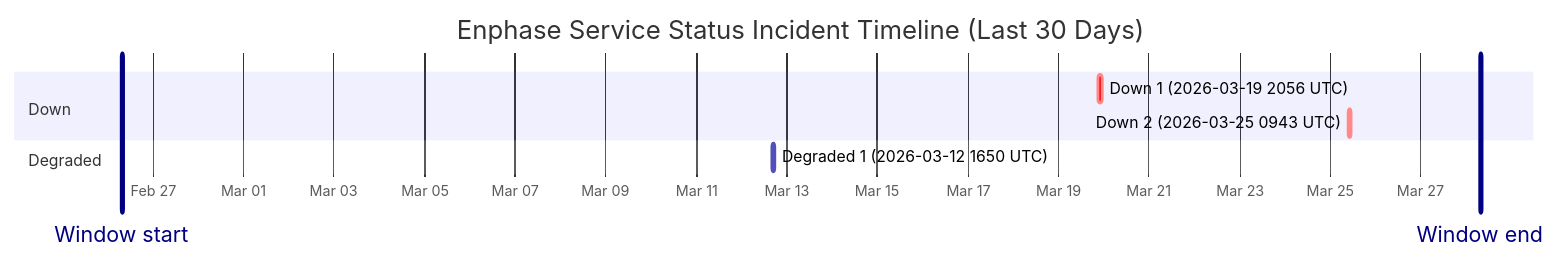
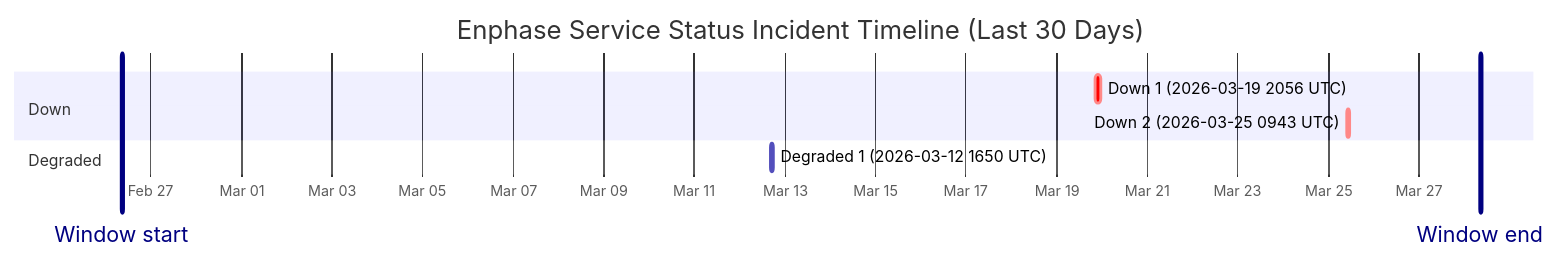
One commit to barneyonline/ha-enphase-ev-charger changed the diagram in wiki/Service-Status-History.md. Above: the diagram before and after it, drawn with Mermaid. The commit also changed other lines of this file and 3 other files, not shown here.

````diff
--- a/wiki/Service-Status-History.md
+++ b/wiki/Service-Status-History.md
@@ -14,13 +14,13 @@
 ```mermaid
 gantt
     title Enphase Service Status Incident Timeline (Last 30 Days)
     dateFormat  YYYY-MM-DDTHH:mm:ss
     axisFormat  %b %d
-    Window start :vert, window-start, 2026-02-26T07:38:38, 0ms
-    Window end :vert, window-end, 2026-03-28T07:38:38, 0ms
+    Window start :vert, window-start, 2026-02-26T08:28:14, 0ms
+    Window end :vert, window-end, 2026-03-28T08:28:14, 0ms
     section Down
     Down 1 (2026-03-19 2056 UTC) :crit, down-1, 2026-03-19T20:56:20, 145m
     Down 2 (2026-03-25 0943 UTC) :crit, down-2, 2026-03-25T09:43:28, 111m
     section Degraded
     Degraded 1 (2026-03-12 1650 UTC) :active, degraded-1, 2026-03-12T16:50:43, 60m
 ```
````
